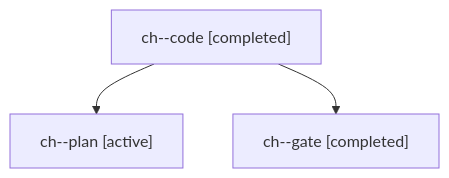
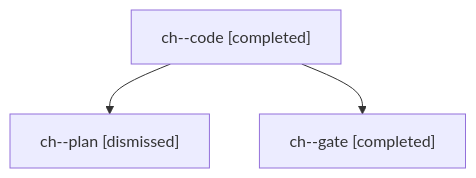
One commit to bobs-org/bob-cli--agents changed the diagram in sessions/bbugyi200.apollo.ch.md. Above: the diagram before and after it, drawn with Mermaid. The commit also changed other lines of this file and 22 other files, not shown here.

````diff
--- a/sessions/bbugyi200.apollo.ch.md
+++ b/sessions/bbugyi200.apollo.ch.md
@@ -9,8 +9,8 @@
 ```mermaid
 flowchart TD
   n0["ch--code [completed]"]
-  n1["ch--plan [active]"]
+  n1["ch--plan [dismissed]"]
   n0 --> n1
   n2["ch--gate [completed]"]
   n0 --> n2
 ```
````
